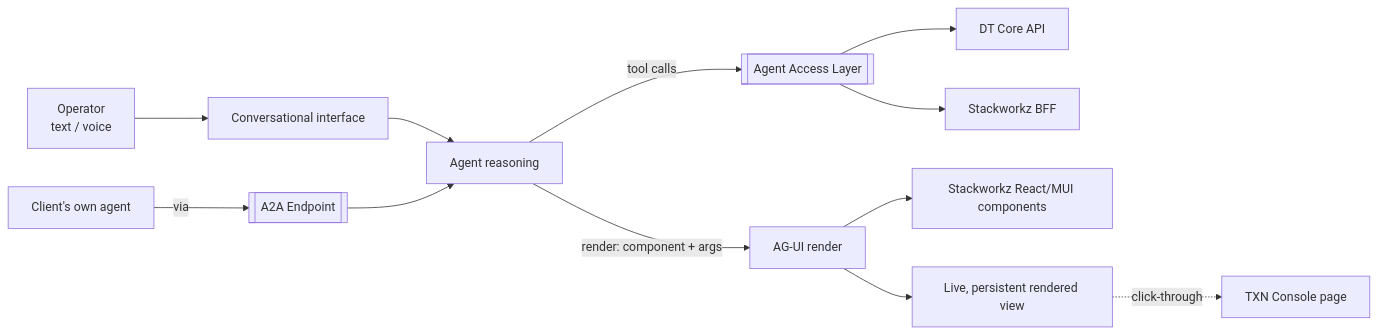
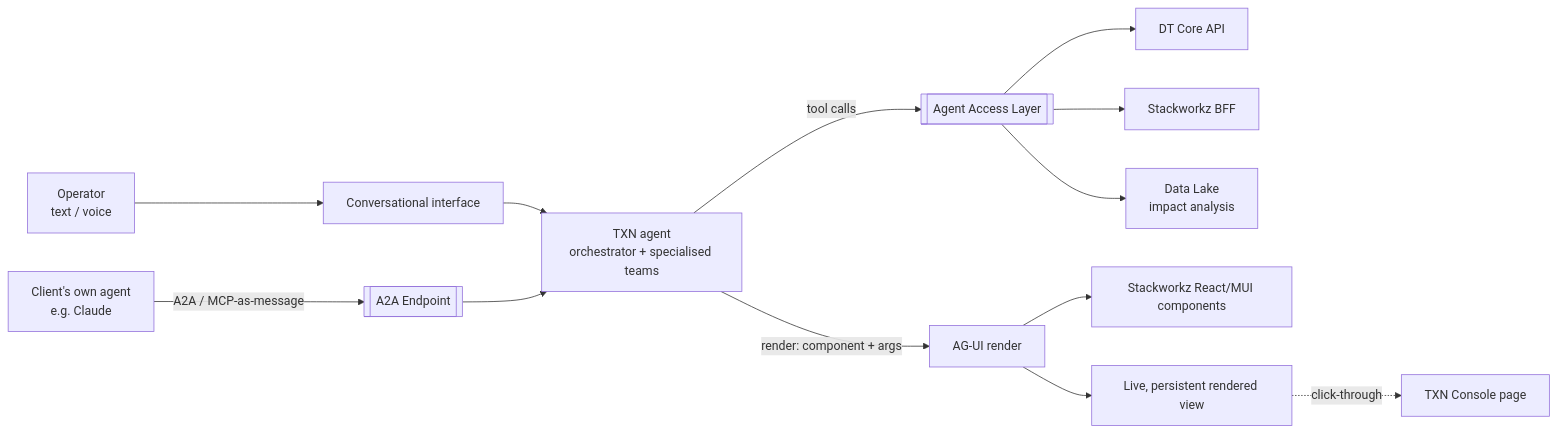
The second of 2 diagrams in content/components/full-agentic-experience/full-agentic-experience.md (Novosapien/txn-vault), drawn with Mermaid before and after one commit. The commit also changed other lines of this file and 8 other files, not shown here.

````diff
--- a/content/components/full-agentic-experience/full-agentic-experience.md
+++ b/content/components/full-agentic-experience/full-agentic-experience.md
@@ -183,14 +237,15 @@
 ```mermaid
 graph LR
     User[Operator<br/>text / voice] --> Chat[Conversational interface]
-    ExtAgent[Client's own agent] -->|via| A2A[[A2A Endpoint]]
-    Chat --> Agent[Agent reasoning]
+    ExtAgent[Client's own agent<br/>e.g. Claude] -->|A2A / MCP-as-message| A2A[[A2A Endpoint]]
+    Chat --> Agent[TXN agent<br/>orchestrator + specialised teams]
     A2A --> Agent
     Agent -->|tool calls| AAL[[Agent Access Layer]]
     AAL --> CoreAPI[DT Core API]
     AAL --> BFF[Stackworkz BFF]
+    AAL --> Lake[Data Lake<br/>impact analysis]
     Agent -->|render: component + args| AGUI[AG-UI render]
     AGUI --> Lib[Stackworkz React/MUI components]
     AGUI --> View[Live, persistent rendered view]
     View -.click-through.-> Console[TXN Console page]
 ```
````
